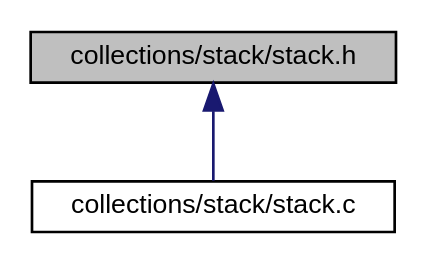
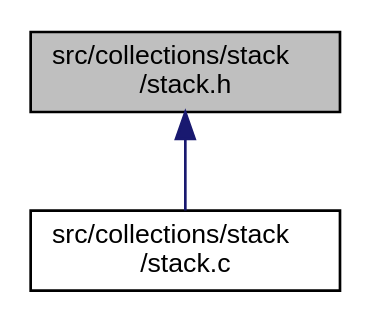
Before and after one commit to N1ghtF1re/C-Collections: the diagram in docs/docspages/stack_8h__dep__incl.dot, drawn with Graphviz. The commit also changed 174 other files, not shown here.

```diff
--- a/docs/docspages/stack_8h__dep__incl.dot
+++ b/docs/docspages/stack_8h__dep__incl.dot
@@ -1,8 +1,8 @@
-digraph "collections/stack/stack.h"
+digraph "src/collections/stack/stack.h"
 {
   edge [fontname="Helvetica",fontsize="10",labelfontname="Helvetica",labelfontsize="10"];
   node [fontname="Helvetica",fontsize="10",shape=record];
-  Node2 [label="collections/stack/stack.h",height=0.2,width=0.4,color="black", fillcolor="grey75", style="filled", fontcolor="black"];
+  Node2 [label="src/collections/stack\l/stack.h",height=0.2,width=0.4,color="black", fillcolor="grey75", style="filled", fontcolor="black"];
   Node2 -> Node3 [dir="back",color="midnightblue",fontsize="10",style="solid",fontname="Helvetica"];
-  Node3 [label="collections/stack/stack.c",height=0.2,width=0.4,color="black", fillcolor="white", style="filled",URL="$stack_8c.html",tooltip="File containing implementation of Stack. "];
+  Node3 [label="src/collections/stack\l/stack.c",height=0.2,width=0.4,color="black", fillcolor="white", style="filled",URL="$stack_8c.html",tooltip="File containing implementation of Stack. "];
 }
```
